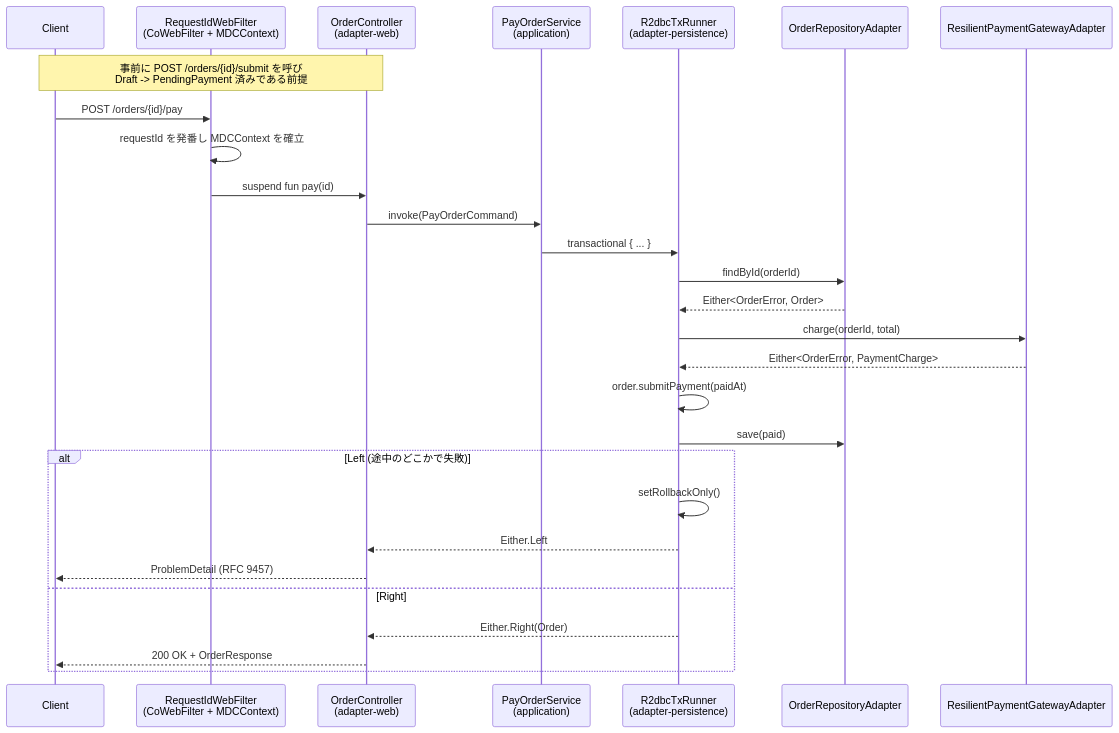
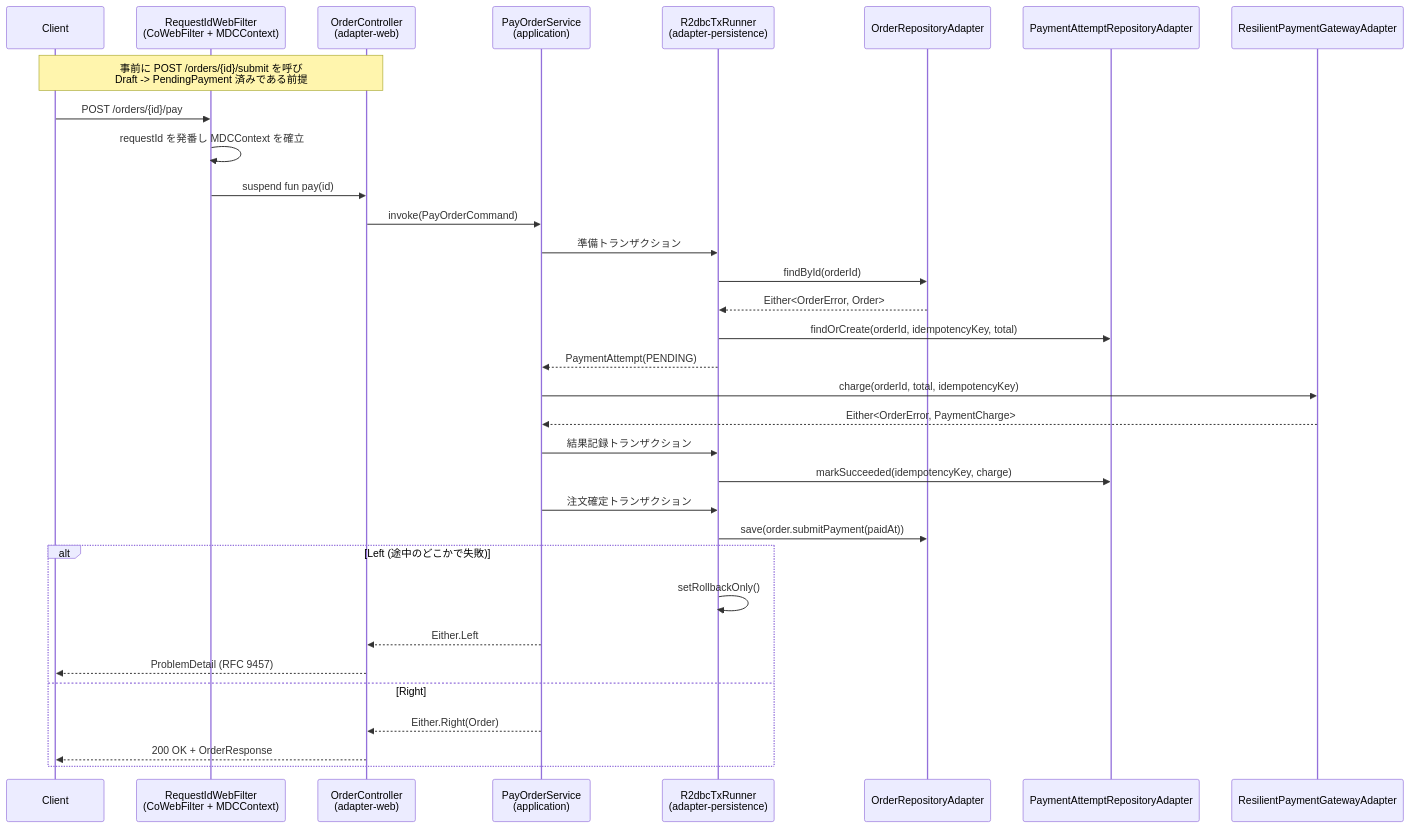
One commit to Riku-KANO/springboot-template changed the second of 4 diagrams in docs/architecture.md. Above: the diagram before and after it, drawn with Mermaid. The commit also changed other lines of this file and 45 other files, not shown here.

````diff
--- a/docs/architecture.md
+++ b/docs/architecture.md
@@ -84,31 +85,36 @@
 ```mermaid
 sequenceDiagram
     participant Client
     participant Filter as RequestIdWebFilter<br/>(CoWebFilter + MDCContext)
     participant Controller as OrderController<br/>(adapter-web)
     participant UseCase as PayOrderService<br/>(application)
     participant Tx as R2dbcTxRunner<br/>(adapter-persistence)
     participant Repo as OrderRepositoryAdapter
+    participant Attempt as PaymentAttemptRepositoryAdapter
     participant Gateway as ResilientPaymentGatewayAdapter
 
     Note over Client,Controller: 事前に POST /orders/{id}/submit を呼び<br/>Draft -> PendingPayment 済みである前提
     Client->>Filter: POST /orders/{id}/pay
     Filter->>Filter: requestId を発番し MDCContext を確立
     Filter->>Controller: suspend fun pay(id)
     Controller->>UseCase: invoke(PayOrderCommand)
-    UseCase->>Tx: transactional { ... }
+    UseCase->>Tx: 準備トランザクション
     Tx->>Repo: findById(orderId)
     Repo-->>Tx: Either<OrderError, Order>
-    Tx->>Gateway: charge(orderId, total)
-    Gateway-->>Tx: Either<OrderError, PaymentCharge>
-    Tx->>Tx: order.submitPayment(paidAt)
-    Tx->>Repo: save(paid)
+    Tx->>Attempt: findOrCreate(orderId, idempotencyKey, total)
+    Tx-->>UseCase: PaymentAttempt(PENDING)
+    UseCase->>Gateway: charge(orderId, total, idempotencyKey)
+    Gateway-->>UseCase: Either<OrderError, PaymentCharge>
+    UseCase->>Tx: 結果記録トランザクション
+    Tx->>Attempt: markSucceeded(idempotencyKey, charge)
+    UseCase->>Tx: 注文確定トランザクション
+    Tx->>Repo: save(order.submitPayment(paidAt))
     alt Left (途中のどこかで失敗)
         Tx->>Tx: setRollbackOnly()
-        Tx-->>Controller: Either.Left
+        UseCase-->>Controller: Either.Left
         Controller-->>Client: ProblemDetail (RFC 9457)
     else Right
-        Tx-->>Controller: Either.Right(Order)
+        UseCase-->>Controller: Either.Right(Order)
         Controller-->>Client: 200 OK + OrderResponse
     end
 ```
````
